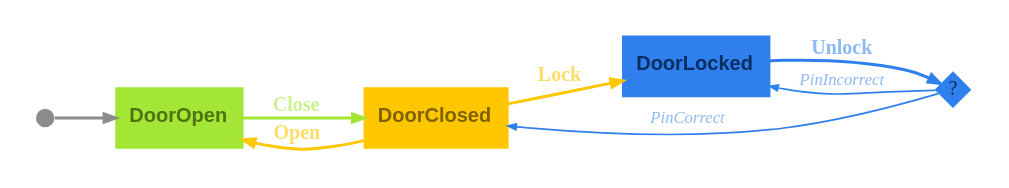
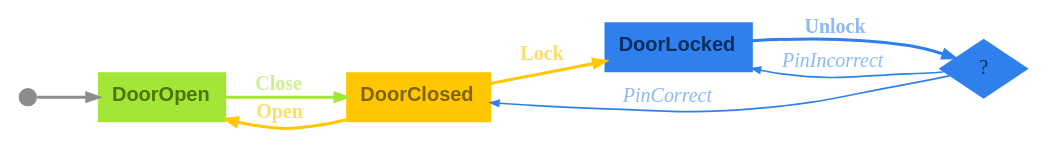
The diagram in renders/door-pin_graph-dark.dot (m-bock/purescript-transit), drawn with Graphviz before and after one commit. The commit also changed 41 other files, not shown here.

Commit message:
Enhance Graphviz integration and update tutorial examples; modify rendering options for various themes, improve state diagram generation for DoorPin and Bridges of Königsberg, and refine documentation for clarity and consistency across examples.

```diff
--- a/renders/door-pin_graph-dark.dot
+++ b/renders/door-pin_graph-dark.dot
@@ -1,16 +1,16 @@
 digraph 
 {
-rankdir = "TD";fontname = "Arial";labelloc = "t";fontsize = 12;bgcolor = "#00000000";color = "#c8c8c8";fontcolor = "#c8c8c8";pad = 0.2;layout = "dot";rankdir = "LR"
-DoorOpen [shape = "box", label = <<b>DoorOpen</b>>, fontsize = 12, style = "filled", fillcolor = "#a3e635", fontcolor = "#4d740e", color = "#a3e635", fontname = "Arial", labelloc = "c", penwidth = 1.0]
+rankdir = "TD";fontname = "Arial";labelloc = "t";fontsize = 12.0;bgcolor = "#00000000";color = "#c8c8c8";fontcolor = "#c8c8c8";layout = "dot";rankdir = "LR"
+DoorOpen [shape = "box", label = <<b>DoorOpen</b>>, fontsize = 12.0, style = "filled", fillcolor = "#a3e635", fontcolor = "#4d740e", color = "#a3e635", fontname = "Arial", labelloc = "c", penwidth = 1.0, height = 0.4]
 __Start__ [shape = "circle", label = "", width = 0.15, height = 0.15, fixedsize = true, style = "filled", fillcolor = "#8c8c8c", penwidth = 0.0]
-__Start__ -> DoorOpen [color = "#8c8c8c", fontsize = 12, arrowsize = "0.7", penwidth = 1.8]
-DoorOpen -> DoorClosed [color = "#a3e635", fontcolor = "#ccf190", fontsize = 12, arrowsize = "0.7", label = <<b>Close</b>>, penwidth = 1.8]
-DoorClosed [shape = "box", label = <<b>DoorClosed</b>>, fontsize = 12, style = "filled", fillcolor = "#ffc700", fontcolor = "#806300", color = "#ffc700", fontname = "Arial", labelloc = "c", penwidth = 1.0]
-DoorClosed -> DoorOpen [color = "#ffc700", fontcolor = "#ffdd66", fontsize = 12, arrowsize = "0.7", label = <<b>Open</b>>, penwidth = 1.8]
-DoorClosed -> DoorLocked [color = "#ffc700", fontcolor = "#ffdd66", fontsize = 12, arrowsize = "0.7", label = <<b>Lock</b>>, penwidth = 1.8]
-DoorLocked [shape = "box", label = <<b>DoorLocked</b>>, fontsize = 12, style = "filled", fillcolor = "#2f80ed", fontcolor = "#082e61", color = "#2f80ed", fontname = "Arial", labelloc = "c", penwidth = 1.0]
-decision_DoorLocked_Unlock [shape = "diamond", label = "?", fontsize = 12, fontcolor = "#082e61", style = "filled", fillcolor = "#2f80ed", penwidth = 0.0, fixedsize = true, width = 0.3, height = 0.3]
-DoorLocked -> decision_DoorLocked_Unlock [color = "#2f80ed", fontcolor = "#8db9f5", fontsize = 12, arrowsize = "0.7", label = <<b>Unlock</b>>, penwidth = 1.8]
-decision_DoorLocked_Unlock -> DoorLocked [color = "#2f80ed", fontcolor = "#8db9f5", fontsize = 10, arrowsize = "0.5", label = <<i>PinIncorrect</i>>, penwidth = 1.0]
-decision_DoorLocked_Unlock -> DoorClosed [color = "#2f80ed", fontcolor = "#8db9f5", fontsize = 10, arrowsize = "0.5", label = <<i>PinCorrect</i>>, penwidth = 1.0]
+__Start__ -> DoorOpen [color = "#8c8c8c", fontsize = 12.0, arrowsize = "0.7", penwidth = 1.8]
+DoorOpen -> DoorClosed [color = "#a3e635", fontcolor = "#ccf190", fontsize = 12.0, arrowsize = "0.7", label = <<b>Close</b>>, penwidth = 1.8]
+DoorClosed [shape = "box", label = <<b>DoorClosed</b>>, fontsize = 12.0, style = "filled", fillcolor = "#ffc700", fontcolor = "#806300", color = "#ffc700", fontname = "Arial", labelloc = "c", penwidth = 1.0, height = 0.4]
+DoorClosed -> DoorOpen [color = "#ffc700", fontcolor = "#ffdd66", fontsize = 12.0, arrowsize = "0.7", label = <<b>Open</b>>, penwidth = 1.8]
+DoorClosed -> DoorLocked [color = "#ffc700", fontcolor = "#ffdd66", fontsize = 12.0, arrowsize = "0.7", label = <<b>Lock</b>>, penwidth = 1.8]
+DoorLocked [shape = "box", label = <<b>DoorLocked</b>>, fontsize = 12.0, style = "filled", fillcolor = "#2f80ed", fontcolor = "#082e61", color = "#2f80ed", fontname = "Arial", labelloc = "c", penwidth = 1.0, height = 0.4]
+decision_DoorLocked_Unlock [shape = "diamond", label = "?", fontsize = 12.0, fontcolor = "#082e61", style = "filled", fillcolor = "#2f80ed", penwidth = 0.0]
+DoorLocked -> decision_DoorLocked_Unlock [color = "#2f80ed", fontcolor = "#8db9f5", fontsize = 12.0, arrowsize = "0.7", label = <<b>Unlock</b>>, penwidth = 1.8]
+decision_DoorLocked_Unlock -> DoorLocked [color = "#2f80ed", fontcolor = "#8db9f5", fontsize = 12.0, arrowsize = "0.5", label = <<i>PinIncorrect</i>>, penwidth = 1.0]
+decision_DoorLocked_Unlock -> DoorClosed [color = "#2f80ed", fontcolor = "#8db9f5", fontsize = 12.0, arrowsize = "0.5", label = <<i>PinCorrect</i>>, penwidth = 1.0]
 }
```
